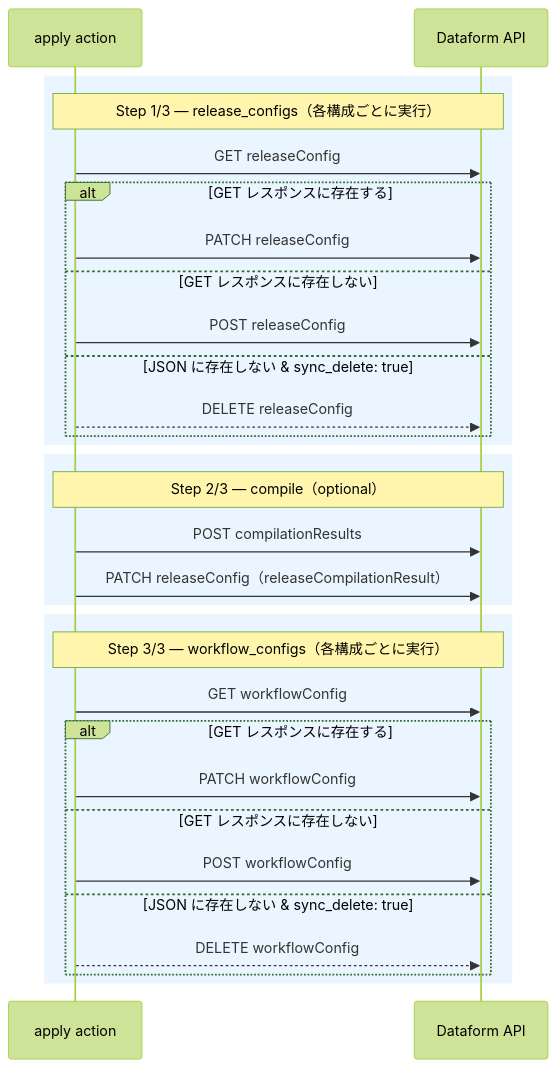
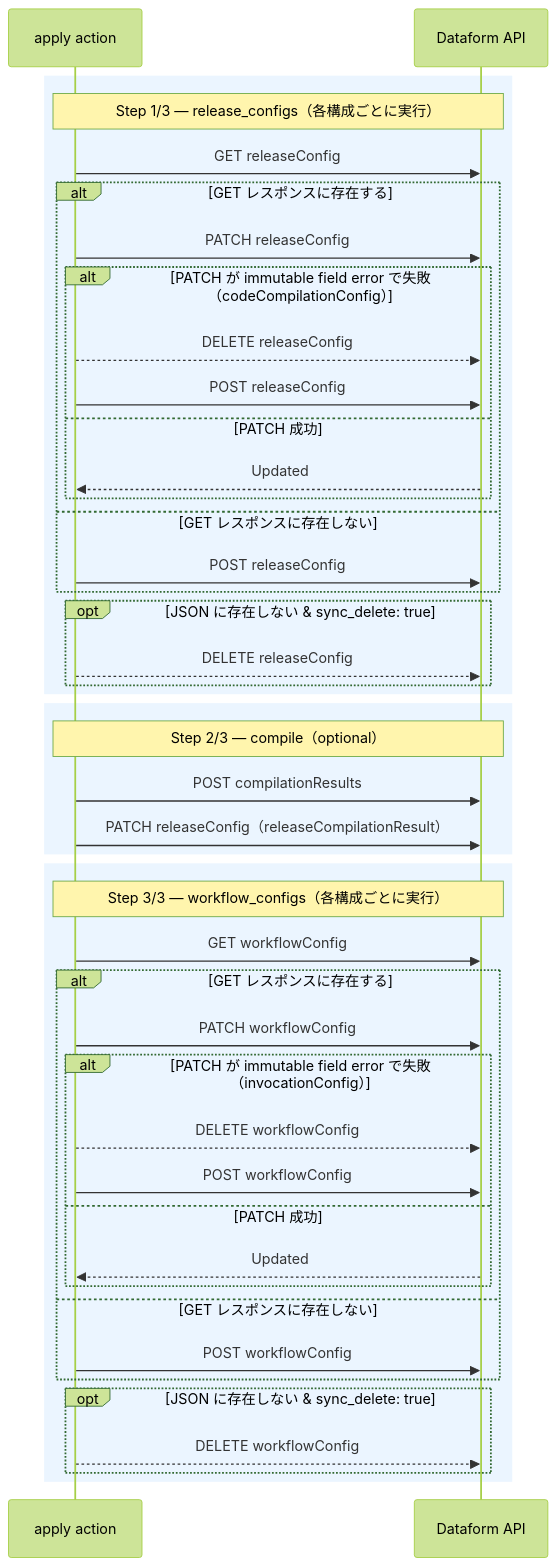
The diagram in README-ja.md (snhryt-neo/apply-dataform-workflows), drawn with Mermaid (forest theme) before and after one commit. The commit also changed other lines of this file, not shown here.

Commit message:
docs: sync Japanese README flow

````diff
--- a/README-ja.md
+++ b/README-ja.md
@@ -69,35 +69,49 @@
 ```mermaid
 sequenceDiagram
     participant Action as apply action
     participant API as Dataform API
 
     rect rgb(235, 245, 255)
         Note over Action,API: Step 1/3 — release_configs（各構成ごとに実行）
         Action->>API: GET releaseConfig
         alt GET レスポンスに存在する
             Action->>API: PATCH releaseConfig
+            alt PATCH が immutable field error で失敗<br/>（codeCompilationConfig）
+                Action-->>API: DELETE releaseConfig
+                Action->>API: POST releaseConfig
+            else PATCH 成功
+                API-->>Action: Updated
+            end
         else GET レスポンスに存在しない
             Action->>API: POST releaseConfig
-        else JSON に存在しない & sync_delete: true
+        end
+        opt JSON に存在しない & sync_delete: true
             Action-->>API: DELETE releaseConfig
         end
     end
 
     rect rgb(235, 245, 255)
         Note over Action,API: Step 2/3 — compile（optional）
         Action->>API: POST compilationResults
         Action->>API: PATCH releaseConfig（releaseCompilationResult）
     end
 
     rect rgb(235, 245, 255)
         Note over Action,API: Step 3/3 — workflow_configs（各構成ごとに実行）
         Action->>API: GET workflowConfig
         alt GET レスポンスに存在する
             Action->>API: PATCH workflowConfig
+            alt PATCH が immutable field error で失敗<br/>（invocationConfig）
+                Action-->>API: DELETE workflowConfig
+                Action->>API: POST workflowConfig
+            else PATCH 成功
+                API-->>Action: Updated
+            end
         else GET レスポンスに存在しない
             Action->>API: POST workflowConfig
-        else JSON に存在しない & sync_delete: true
+        end
+        opt JSON に存在しない & sync_delete: true
             Action-->>API: DELETE workflowConfig
         end
     end
 ```
````
